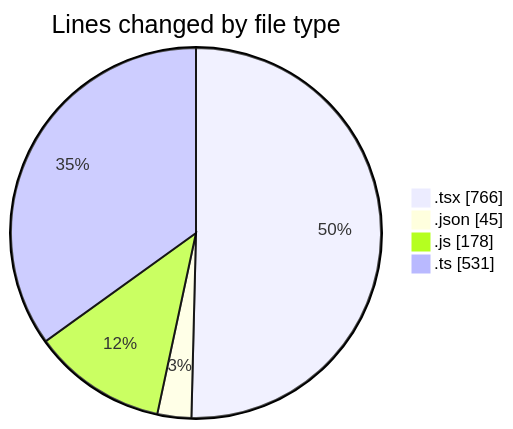
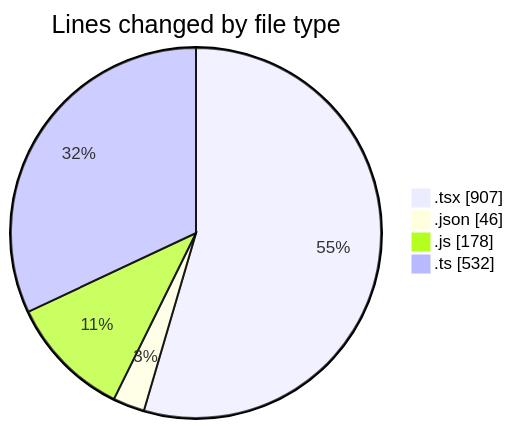
One commit to momahboobian/code-tracking changed the first of 2 diagrams in 2026-08-07/cda/README.md. Above: the diagram before and after it, drawn with Mermaid. The commit also changed other lines of this file and 1 other file, not shown here.

````diff
--- a/2026-08-07/cda/README.md
+++ b/2026-08-07/cda/README.md
@@ -29,8 +30,8 @@
 ```mermaid
 pie showData
 title Lines changed by file type
-".tsx" : 766
-".json" : 45
+".tsx" : 907
+".json" : 46
 ".js" : 178
-".ts" : 531
+".ts" : 532
 ```
````
